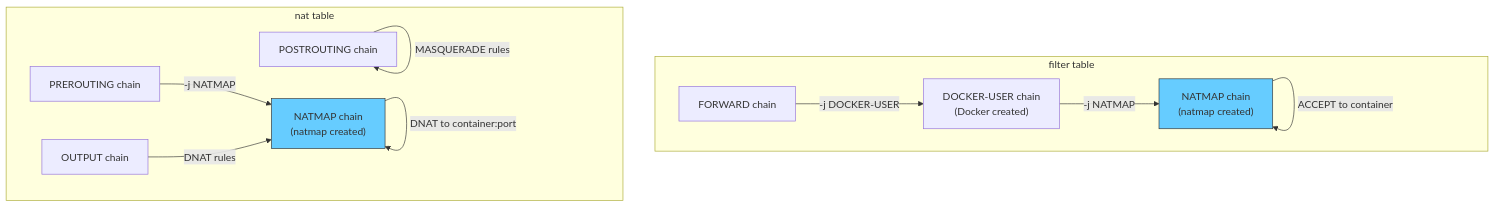
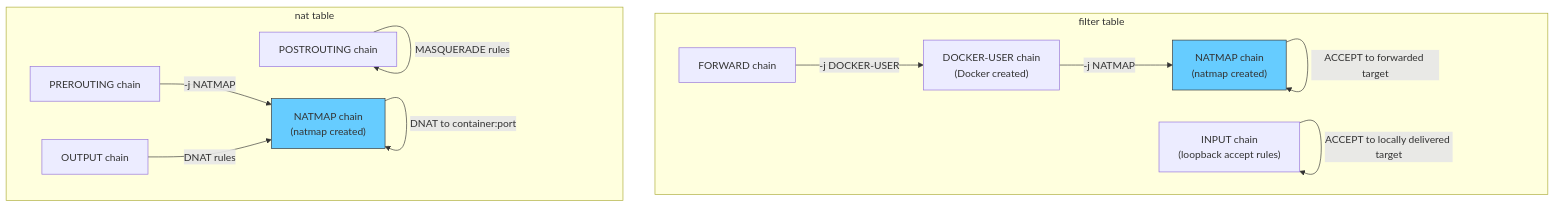
One commit to FAZuH/lab-ops changed the diagram in docs/diagrams/iptables-chains.mmd. Above: the diagram before and after it, drawn with Mermaid. The commit also changed 48 other files, not shown here.

First line of the commit message:
feat(natmap)!: DNAT to a loopback target, and retire auto-discover

```diff
--- a/docs/diagrams/iptables-chains.mmd
+++ b/docs/diagrams/iptables-chains.mmd
@@ -1,24 +1,26 @@
 flowchart TD
     subgraph "filter table"
         FORWARD["FORWARD chain"]
         DUSER["DOCKER-USER chain<br/>(Docker created)"]
         NMF["NATMAP chain<br/>(natmap created)"]
+        INPUT["INPUT chain<br/>(loopback accept rules)"]
         FORWARD -->|"-j DOCKER-USER"| DUSER
         DUSER -->|"-j NATMAP"| NMF
     end
 
     subgraph "nat table"
         PRE["PREROUTING chain"]
         OUT["OUTPUT chain"]
         POST["POSTROUTING chain"]
         NMN["NATMAP chain<br/>(natmap created)"]
         PRE -->|"-j NATMAP"| NMN
         OUT -->|"DNAT rules"| NMN
         POST -->|"MASQUERADE rules"| POST
     end
 
     NMN -->|"DNAT to container:port"| NMN
-    NMF -->|"ACCEPT to container"| NMF
+    NMF -->|"ACCEPT to forwarded target"| NMF
+    INPUT -->|"ACCEPT to locally delivered target"| INPUT
 
     style NMF fill:#6cf,stroke:#333
     style NMN fill:#6cf,stroke:#333
```
